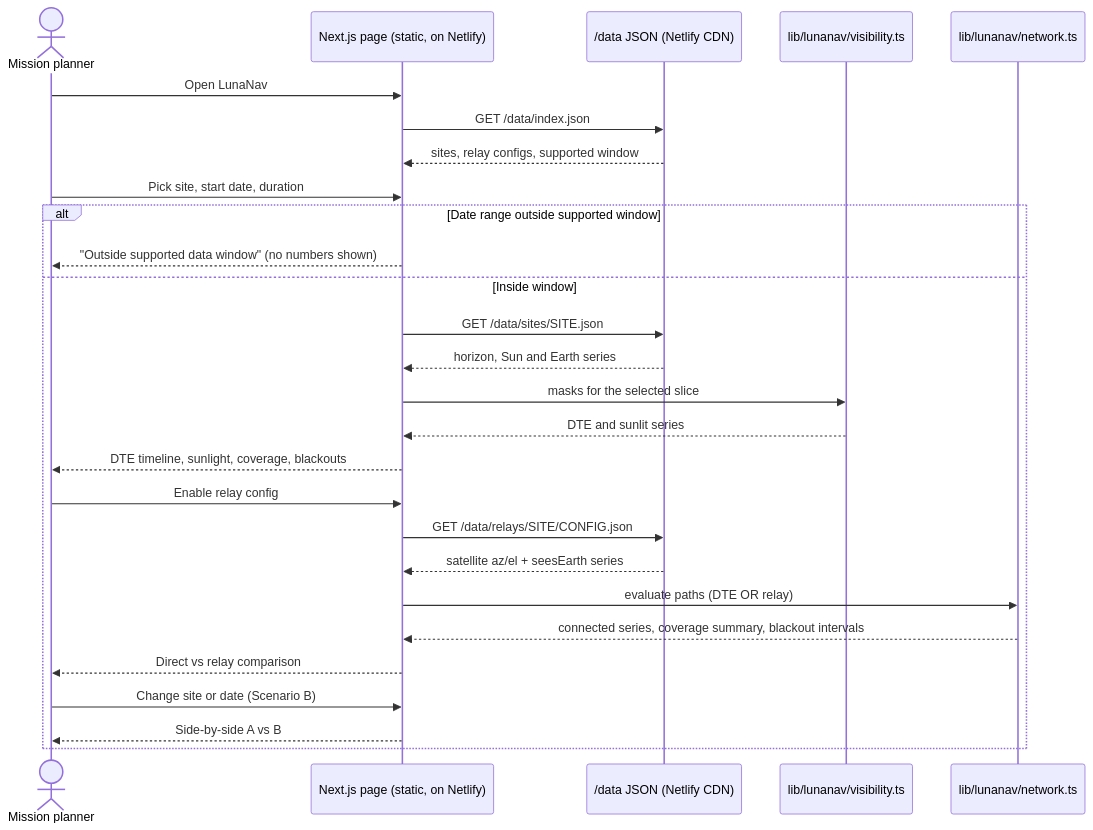
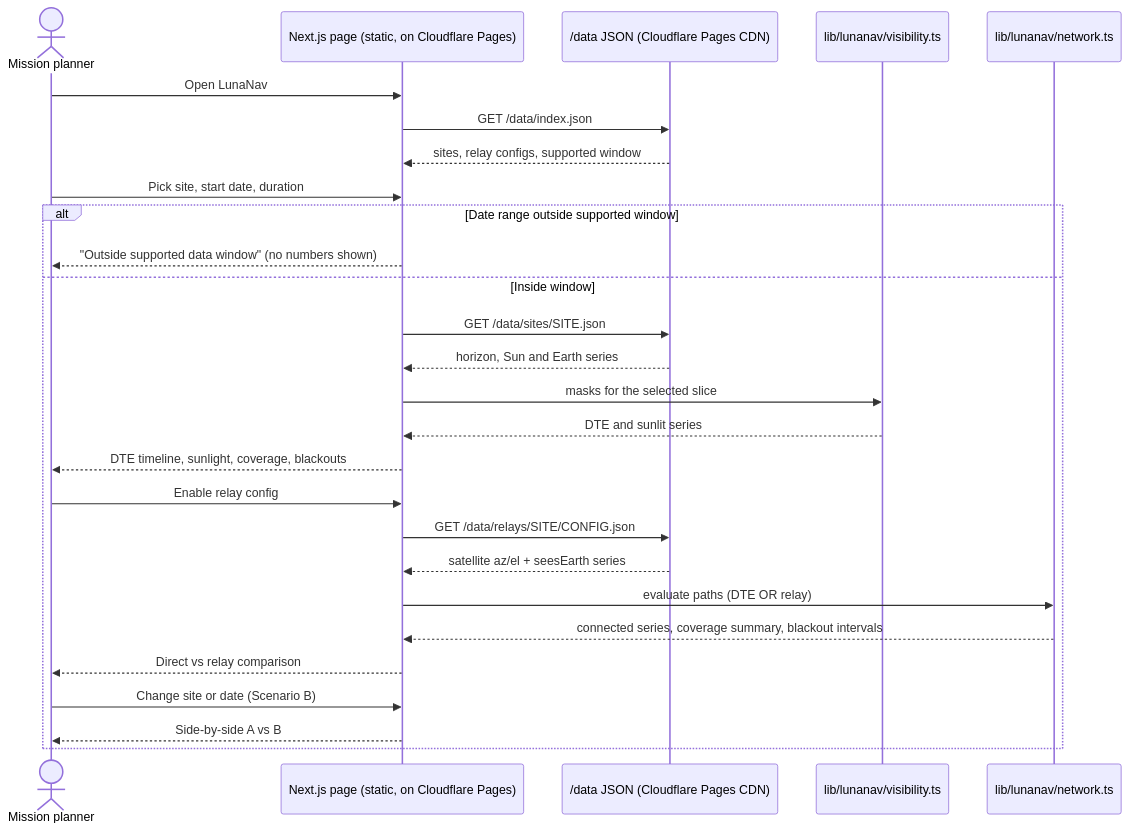
The fifth of 7 diagrams in docs/architecture.md (Vathys/space-apps-2026), drawn with Mermaid before and after one commit. The commit also changed other lines of this file and 12 other files, not shown here.

First line of the commit message:
chore: move hosting to Cloudflare Pages (#74)

````diff
--- a/docs/architecture.md
+++ b/docs/architecture.md
@@ -122,29 +122,29 @@
 ```mermaid
 sequenceDiagram
   actor U as Mission planner
-  participant P as Next.js page (static, on Netlify)
-  participant D as /data JSON (Netlify CDN)
+  participant P as Next.js page (static, on Cloudflare Pages)
+  participant D as /data JSON (Cloudflare Pages CDN)
   participant V as lib/lunanav/visibility.ts
   participant N as lib/lunanav/network.ts
   U->>P: Open LunaNav
   P->>D: GET /data/index.json
   D-->>P: sites, relay configs, supported window
   U->>P: Pick site, start date, duration
   alt Date range outside supported window
     P-->>U: "Outside supported data window" (no numbers shown)
   else Inside window
     P->>D: GET /data/sites/SITE.json
     D-->>P: horizon, Sun and Earth series
     P->>V: masks for the selected slice
     V-->>P: DTE and sunlit series
     P-->>U: DTE timeline, sunlight, coverage, blackouts
     U->>P: Enable relay config
     P->>D: GET /data/relays/SITE/CONFIG.json
     D-->>P: satellite az/el + seesEarth series
     P->>N: evaluate paths (DTE OR relay)
     N-->>P: connected series, coverage summary, blackout intervals
     P-->>U: Direct vs relay comparison
     U->>P: Change site or date (Scenario B)
     P-->>U: Side-by-side A vs B
   end
 ```
````
